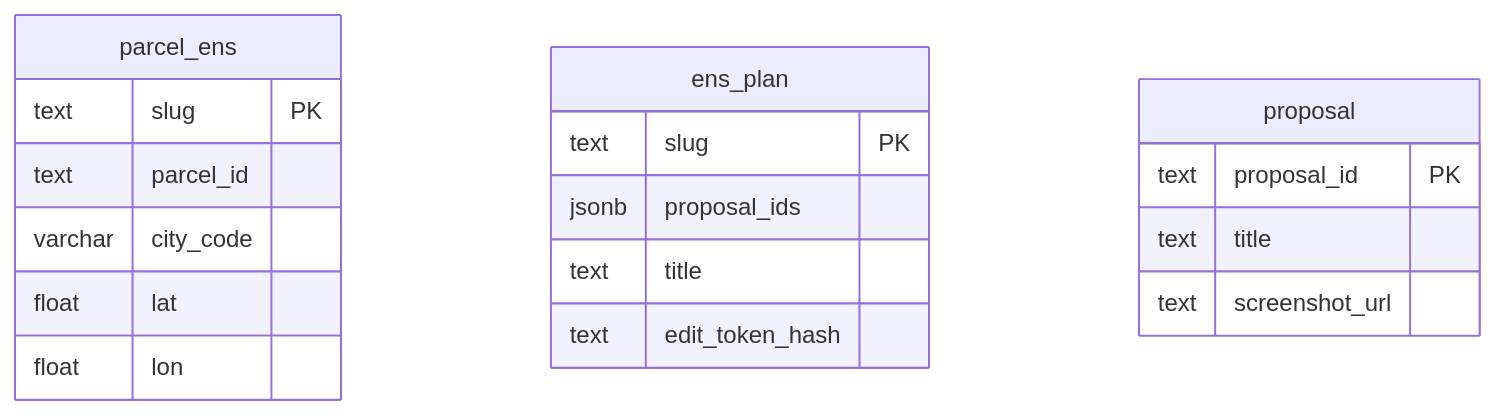
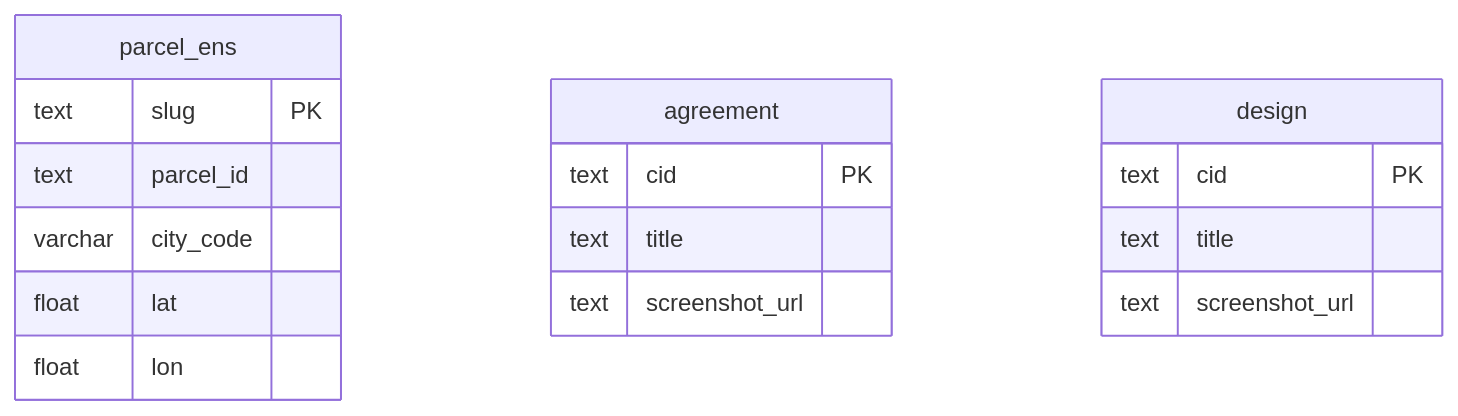
One commit to Poglavar/consensus-builder changed the fourth of 4 diagrams in docs/feature-ens-readme.md. Above: the diagram before and after it, drawn with Mermaid. The commit also changed other lines of this file and 136 other files, not shown here.

````diff
--- a/docs/feature-ens-readme.md
+++ b/docs/feature-ens-readme.md
@@ -144,21 +124,20 @@
 ```mermaid
 erDiagram
     parcel_ens {
         text slug PK
         text parcel_id
         varchar city_code
         float lat
         float lon
     }
-    ens_plan {
-        text slug PK
-        jsonb proposal_ids
+    agreement {
+        text cid PK
         text title
-        text edit_token_hash
+        text screenshot_url
     }
-    proposal {
-        text proposal_id PK
+    design {
+        text cid PK
         text title
         text screenshot_url
     }
 ```
````
